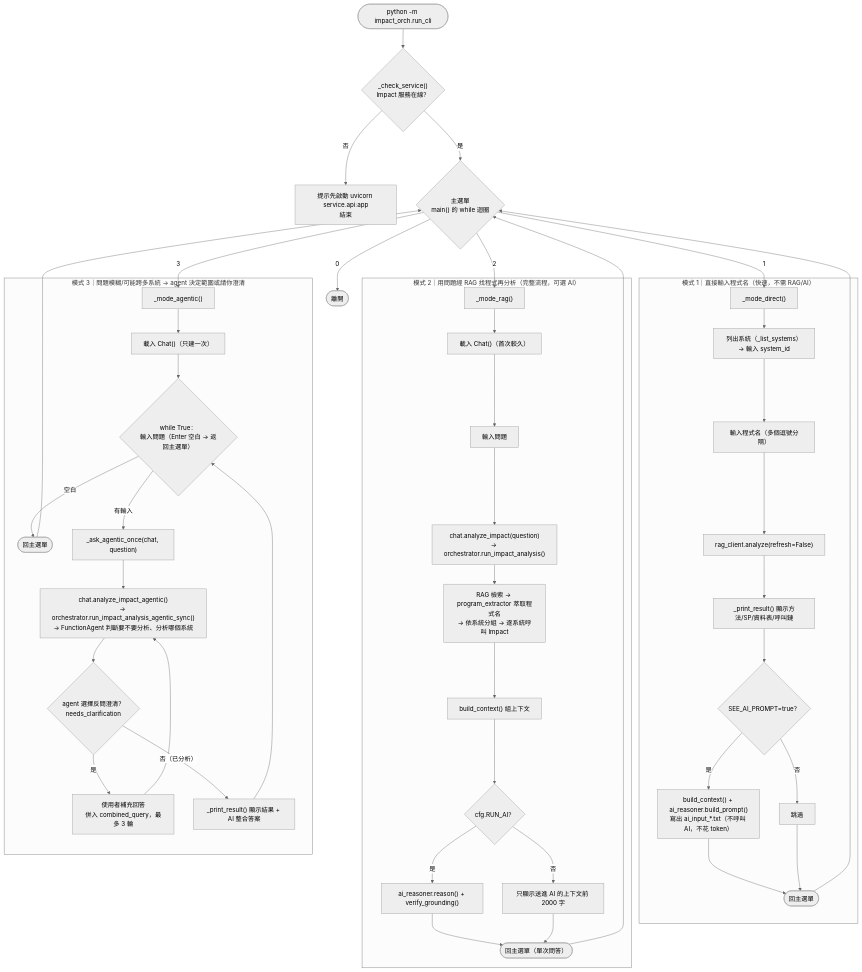
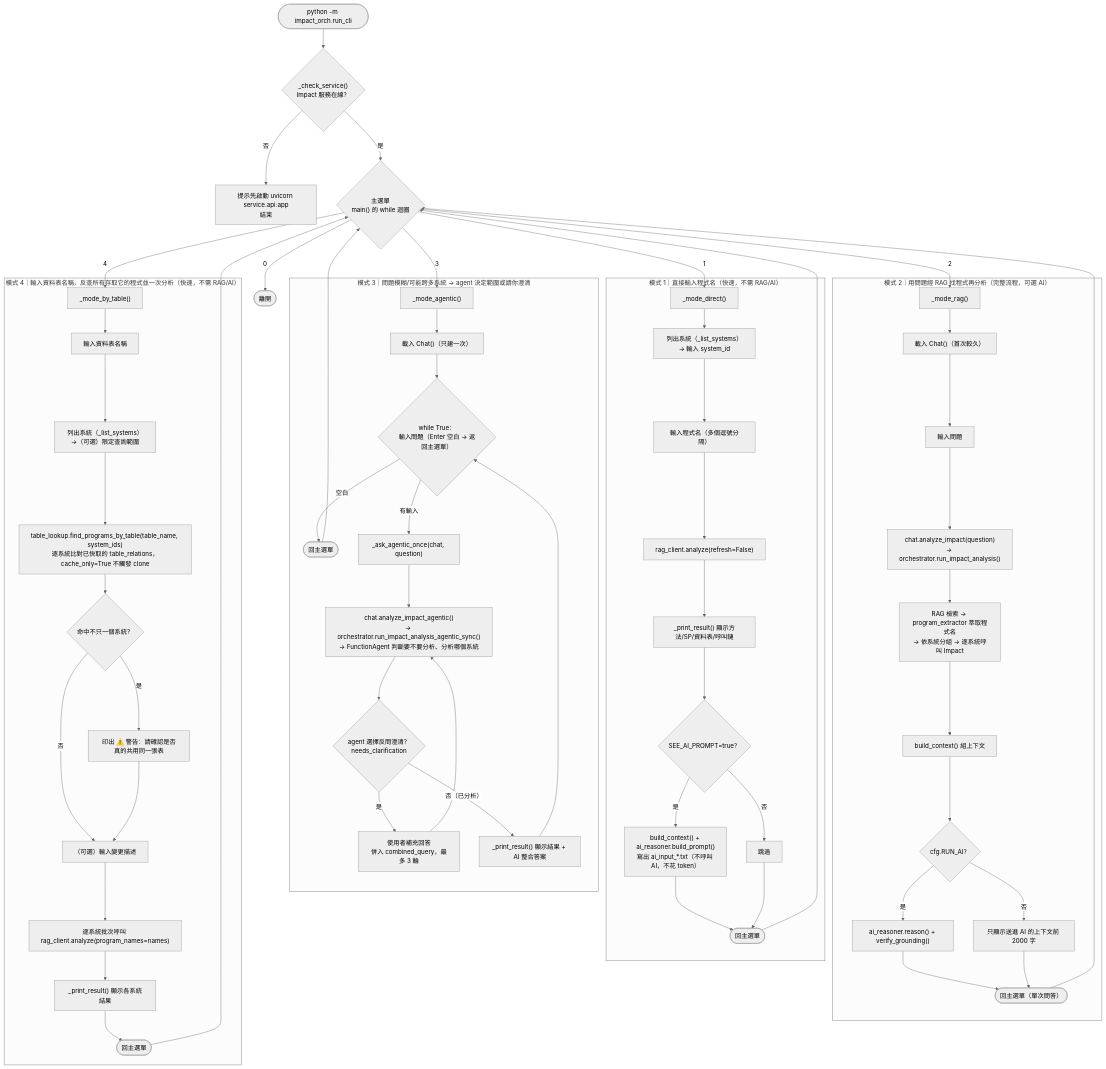
One commit to vy088772/Impact_analysis_system changed the second of 4 diagrams in docs/流程圖.md. Above: the diagram before and after it, drawn with Mermaid (neutral theme). The commit also changed other lines of this file and 1 other file, not shown here.

Commit message:
feat(run_cli): 新增模式 4 以資料表名稱反查程式並一次分析

````diff
--- a/docs/流程圖.md
+++ b/docs/流程圖.md
@@ -88,53 +89,68 @@
 ```mermaid
 flowchart TD
     Start(["python -m impact_orch.run_cli"]) --> Health{"_check_service()<br/>Impact 服務在線？"}
     Health -- 否 --> HealthFail["提示先啟動 uvicorn service.api:app<br/>結束"]
     Health -- 是 --> Menu{"主選單<br/>main() 的 while 迴圈"}
 
     Menu -- "1" --> M1["_mode_direct()"]
     Menu -- "2" --> M2["_mode_rag()"]
     Menu -- "3" --> M3["_mode_agentic()"]
+    Menu -- "4" --> M4["_mode_by_table()"]
     Menu -- "0" --> Exit(["離開"])
 
     subgraph 模式1["模式 1｜直接輸入程式名（快速，不需 RAG/AI）"]
         M1 --> M1a["列出系統（_list_systems）→ 輸入 system_id"]
         M1a --> M1b["輸入程式名（多個逗號分隔）"]
         M1b --> M1c["rag_client.analyze(refresh=False)"]
         M1c --> M1d["_print_result() 顯示方法/SP/資料表/呼叫鏈"]
         M1d --> M1e{"SEE_AI_PROMPT=true？"}
         M1e -- 是 --> M1f["build_context() + ai_reasoner.build_prompt()<br/>寫出 ai_input_*.txt（不呼叫 AI，不花 token）"]
         M1e -- 否 --> M1g["跳過"]
         M1f --> BackMenu1(["回主選單"])
         M1g --> BackMenu1
     end
 
     subgraph 模式2["模式 2｜用問題經 RAG 找程式再分析（完整流程，可選 AI）"]
         M2 --> M2a["載入 Chat()（首次較久）"]
         M2a --> M2b["輸入問題"]
         M2b --> M2c["chat.analyze_impact(question)<br/>→ orchestrator.run_impact_analysis()"]
         M2c --> M2d["RAG 檢索 → program_extractor 萃取程式名<br/>→ 依系統分組 → 逐系統呼叫 Impact"]
         M2d --> M2e["build_context() 組上下文"]
         M2e --> M2f{"cfg.RUN_AI？"}
         M2f -- 是 --> M2g["ai_reasoner.reason() + verify_grounding()"]
         M2f -- 否 --> M2h["只顯示送進 AI 的上下文前 2000 字"]
         M2g --> BackMenu2(["回主選單（單次問答）"])
         M2h --> BackMenu2
     end
 
     subgraph 模式3["模式 3｜問題模糊/可能跨多系統 → agent 決定範圍或請你澄清"]
         M3 --> M3a["載入 Chat()（只建一次）"]
         M3a --> M3loop{"while True：<br/>輸入問題（Enter 空白 → 返回主選單）"}
         M3loop -- 空白 --> BackMenu3(["回主選單"])
         M3loop -- 有輸入 --> Ask["_ask_agentic_once(chat, question)"]
         Ask --> Agent["chat.analyze_impact_agentic()<br/>→ orchestrator.run_impact_analysis_agentic_sync()<br/>→ FunctionAgent 判斷要不要分析、分析哪個系統"]
         Agent --> Clarify{"agent 選擇反問澄清？<br/>needs_clarification"}
         Clarify -- 是 --> Reply["使用者補充回答<br/>併入 combined_query，最多 3 輪"]
         Reply --> Agent
         Clarify -- 否（已分析）--> Show["_print_result() 顯示結果 + AI 整合答案"]
         Show --> M3loop
     end
 
+    subgraph 模式4["模式 4｜輸入資料表名稱，反查所有存取它的程式並一次分析（快速，不需 RAG/AI）"]
+        M4 --> M4a["輸入資料表名稱"]
+        M4a --> M4b["列出系統（_list_systems）→（可選）限定查詢範圍"]
+        M4b --> M4c["table_lookup.find_programs_by_table(table_name, system_ids)<br/>逐系統比對已快取的 table_relations，cache_only=True 不觸發 clone"]
+        M4c --> M4d{"命中不只一個系統？"}
+        M4d -- 是 --> M4e["印出 ⚠️ 警告：請確認是否真的共用同一張表"]
+        M4d -- 否 --> M4f["（可選）輸入變更描述"]
+        M4e --> M4f
+        M4f --> M4g["逐系統批次呼叫 rag_client.analyze(program_names=names)"]
+        M4g --> M4h["_print_result() 顯示各系統結果"]
+        M4h --> BackMenu4(["回主選單"])
+    end
+
     BackMenu1 --> Menu
     BackMenu2 --> Menu
     BackMenu3 --> Menu
+    BackMenu4 --> Menu
 ```
````
